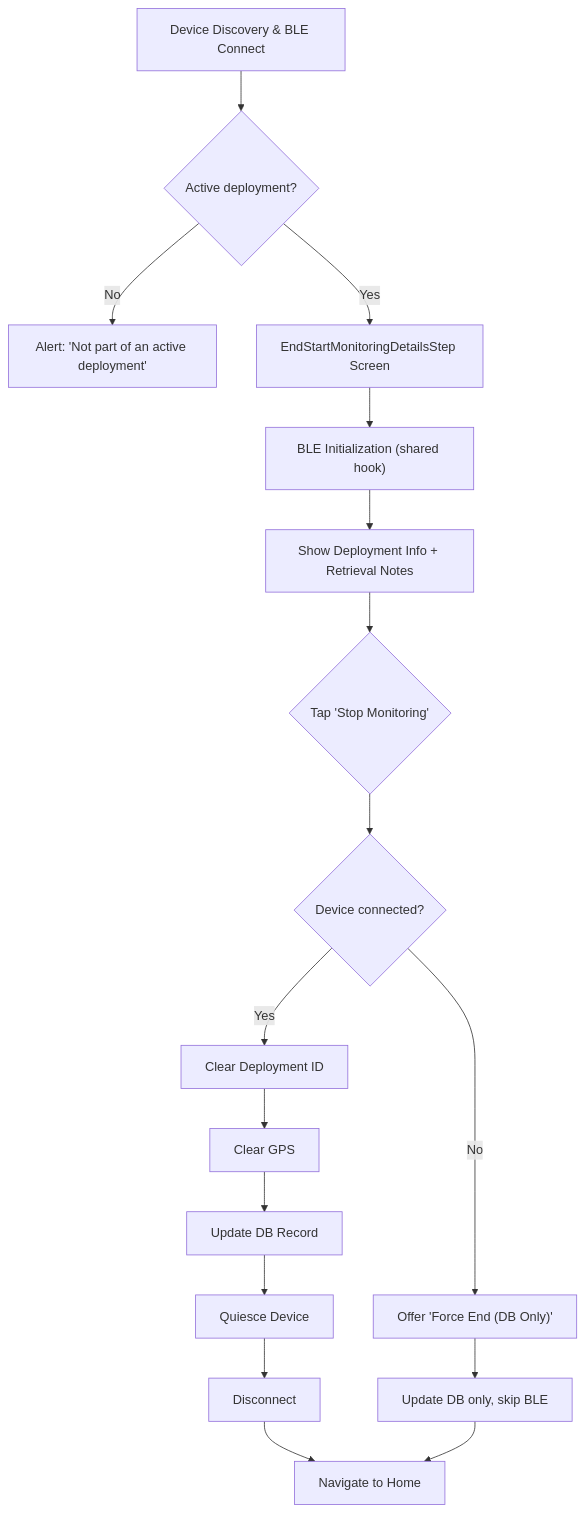
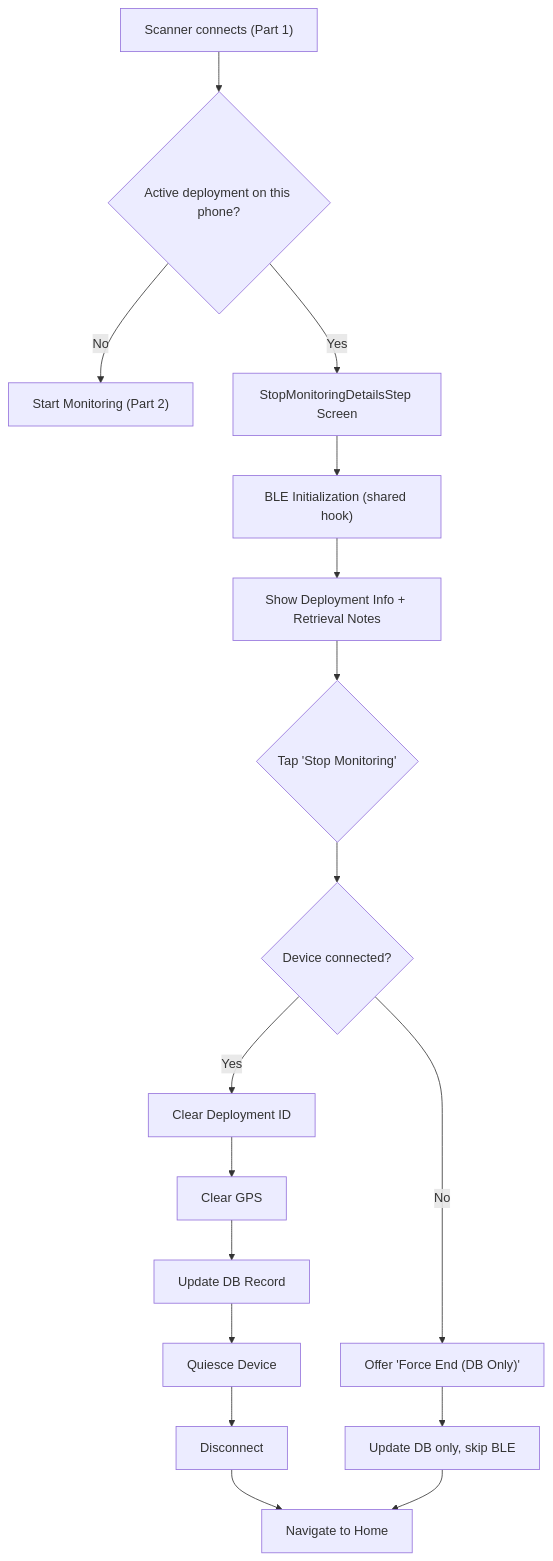
One commit to wildlifeai/ww-mobile-app changed the third of 3 diagrams in documentation/onboarding/05-DEVICE-FLOWS.md. Above: the diagram before and after it, drawn with Mermaid. The commit also changed other lines of this file and 17 other files, not shown here.

````diff
--- a/documentation/onboarding/05-DEVICE-FLOWS.md
+++ b/documentation/onboarding/05-DEVICE-FLOWS.md
@@ -377,21 +378,21 @@
 ```mermaid
 flowchart TD
-    A["Device Discovery & BLE Connect"] --> B{"Active deployment?"}
-    B -- No --> C["Alert: 'Not part of an active deployment'"]
-    B -- Yes --> D["EndStartMonitoringDetailsStep Screen"]
+    A["Scanner connects (Part 1)"] --> B{"Active deployment on this phone?"}
+    B -- No --> C["Start Monitoring (Part 2)"]
+    B -- Yes --> D["StopMonitoringDetailsStep Screen"]
     
     D --> E["BLE Initialization (shared hook)"]
     E --> F["Show Deployment Info + Retrieval Notes"]
     F --> G{"Tap 'Stop Monitoring'"}
     G --> H{"Device connected?"}
     H -- No --> I["Offer 'Force End (DB Only)'"]
     H -- Yes --> J["Clear Deployment ID"]
     J --> K["Clear GPS"]
     K --> L["Update DB Record"]
     L --> M["Quiesce Device"]
     M --> N["Disconnect"]
     N --> O["Navigate to Home"]
     
     I --> P["Update DB only, skip BLE"]
     P --> O
 ```
````
